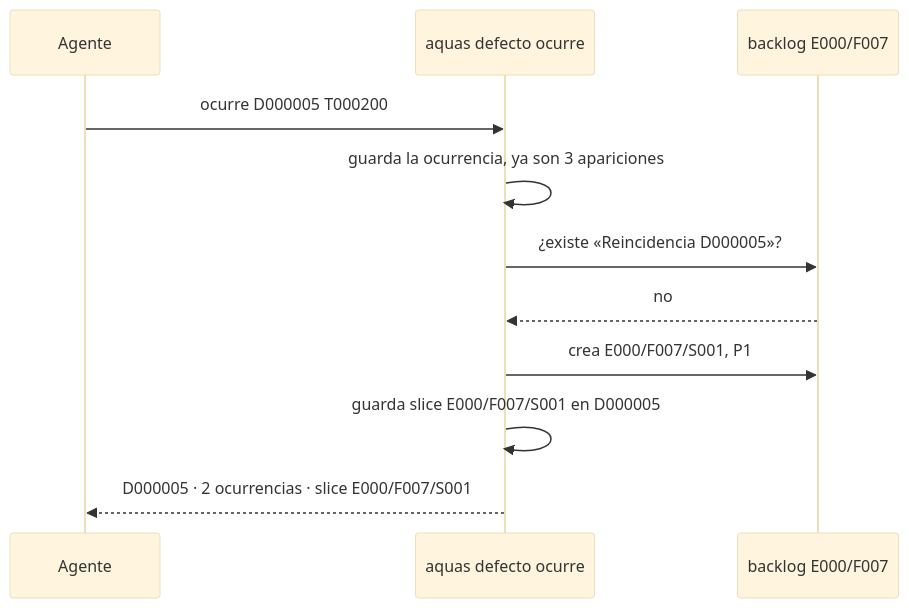
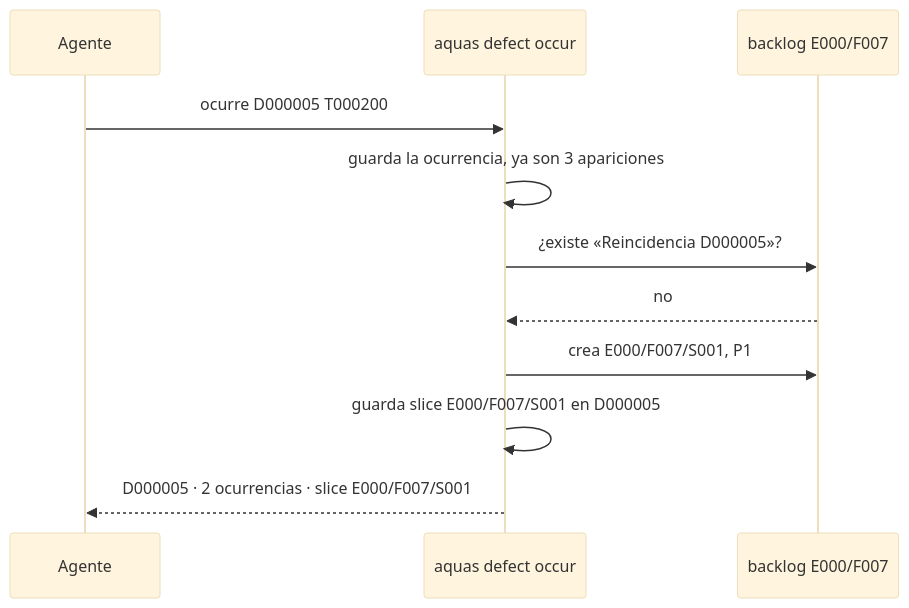
Before and after one commit to jliberal-aquas/aquas-central-harness-government: the diagram in docs/E001/F004/S003.md, drawn with Mermaid (base theme). The commit also changed other lines of this file and 184 other files, not shown here.

````diff
--- a/docs/E001/F004/S003.md
+++ b/docs/E001/F004/S003.md
@@ -57,13 +57,13 @@
 ```mermaid
 sequenceDiagram
     participant A as Agente
-    participant D as aquas defecto ocurre
+    participant D as aquas defect occur
     participant B as backlog E000/F007
     A->>D: ocurre D000005 T000200
     D->>D: guarda la ocurrencia, ya son 3 apariciones
     D->>B: ¿existe «Reincidencia D000005»?
     B-->>D: no
     D->>B: crea E000/F007/S001, P1
     D->>D: guarda slice E000/F007/S001 en D000005
     D-->>A: D000005 · 2 ocurrencias · slice E000/F007/S001
 ```
````
